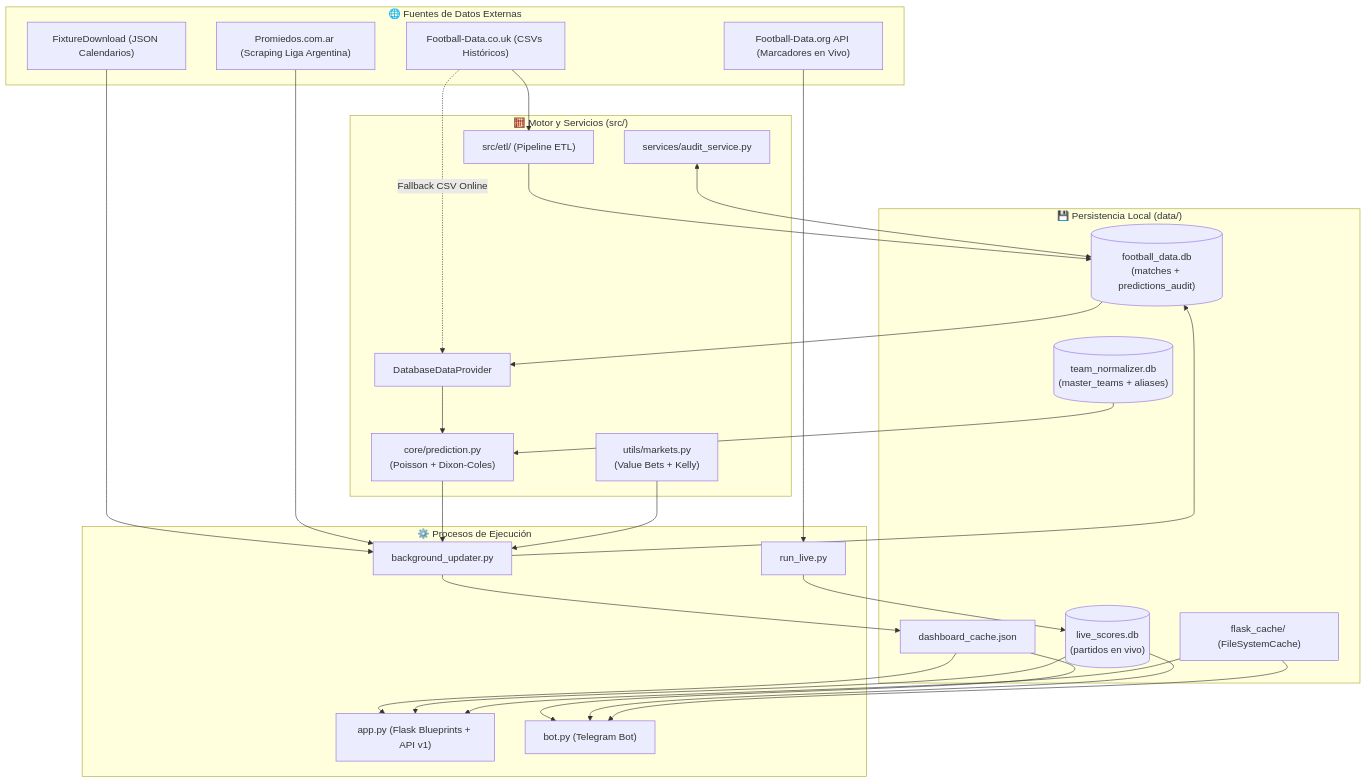
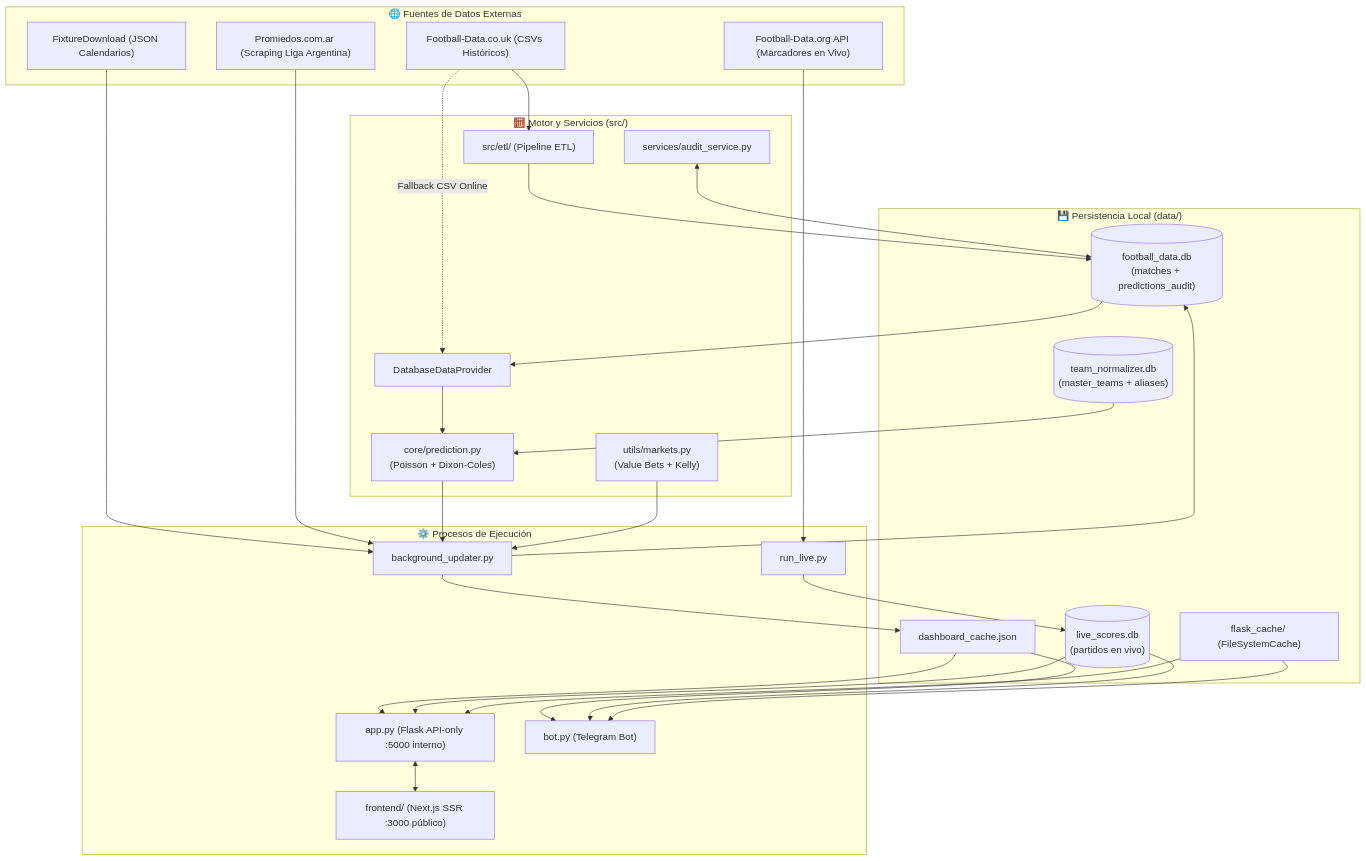
The diagram in docs/ARCHITECTURE.md (1nachu/timba-predicciones), drawn with Mermaid before and after one commit. The commit also changed other lines of this file and 8 other files, not shown here.

````diff
--- a/docs/ARCHITECTURE.md
+++ b/docs/ARCHITECTURE.md
@@ -9,43 +9,45 @@
 ```mermaid
 flowchart TD
     subgraph Fuentes["🌐 Fuentes de Datos Externas"]
         FD["Football-Data.co.uk (CSVs Históricos)"]
         FX["FixtureDownload (JSON Calendarios)"]
         PR["Promiedos.com.ar (Scraping Liga Argentina)"]
         FDO["Football-Data.org API (Marcadores en Vivo)"]
     end
 
     subgraph Persistencia["💾 Persistencia Local (data/)"]
         DB[("football_data.db\n(matches + predictions_audit)")]
         TN[("team_normalizer.db\n(master_teams + aliases)")]
         LS[("live_scores.db\n(partidos en vivo)")]
         DC["dashboard_cache.json"]
         FC["flask_cache/ (FileSystemCache)"]
     end
 
     subgraph Core["🧮 Motor y Servicios (src/)"]
         ETL["src/etl/ (Pipeline ETL)"]
         DP["DatabaseDataProvider"]
         PRED["core/prediction.py\n(Poisson + Dixon-Coles)"]
         MK["utils/markets.py\n(Value Bets + Kelly)"]
         AUD["services/audit_service.py"]
     end
 
     subgraph Procesos["⚙️ Procesos de Ejecución"]
         UPD["background_updater.py"]
         LIVE["run_live.py"]
-        WEB["app.py (Flask Blueprints + API v1)"]
+        WEB["app.py (Flask API-only :5000 interno)"]
+        NEXT["frontend/ (Next.js SSR :3000 público)"]
         BOT["bot.py (Telegram Bot)"]
     end
 
     FD --> ETL --> DB
     FD -. "Fallback CSV Online" .-> DP
     DB --> DP --> PRED
     TN --> PRED
     FX & PR --> UPD
     PRED & MK --> UPD
     UPD --> DC & DB
     AUD <--> DB
     FDO --> LIVE --> LS
     DC & LS & FC --> WEB & BOT
+    WEB <--> NEXT
 ```
````
